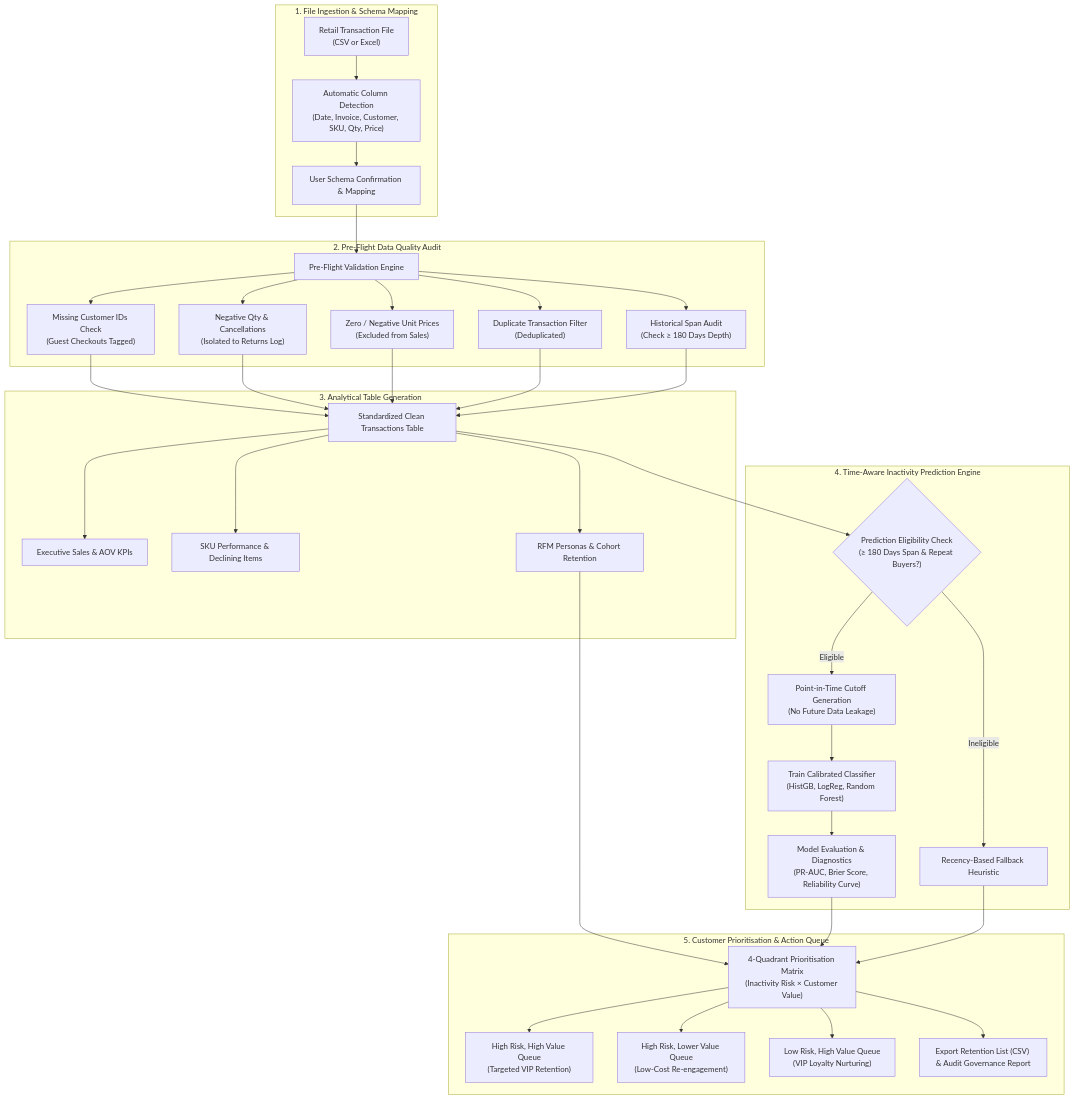
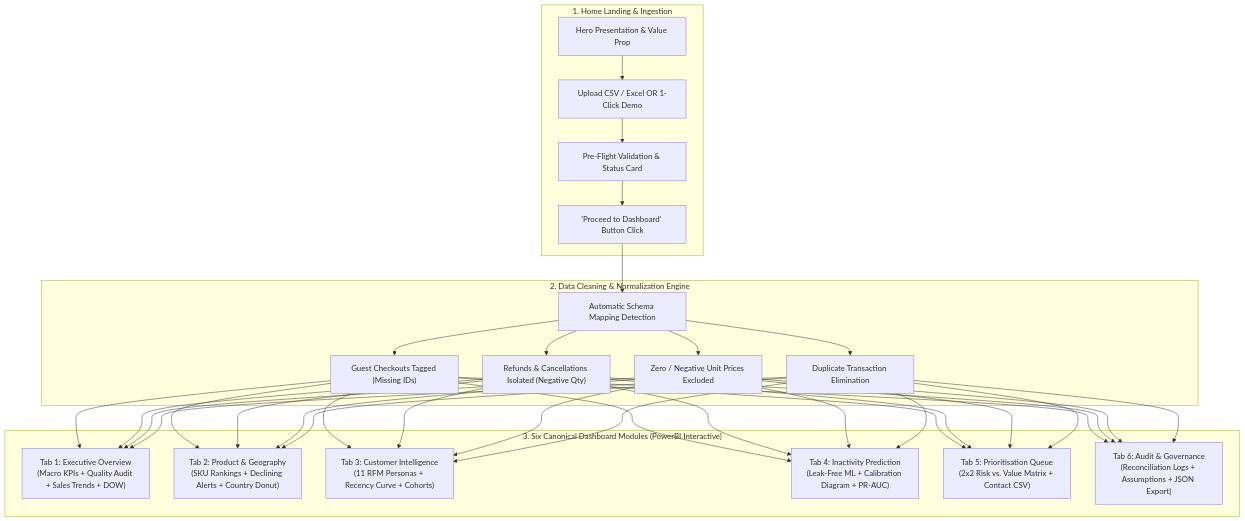
One commit to Velprakash0611/RetailIQ-Business-Customer-Intelligence-Platform changed the first of 3 diagrams in README.md. Above: the diagram before and after it, drawn with Mermaid. The commit also changed other lines of this file and 2 other files, not shown here.

````diff
--- a/README.md
+++ b/README.md
@@ -19,40 +28,25 @@
 ```mermaid
 flowchart TD
-    subgraph INGESTION["1. File Ingestion & Schema Mapping"]
-        A["Retail Transaction File<br/>(CSV or Excel)"] --> B["Automatic Column Detection<br/>(Date, Invoice, Customer, SKU, Qty, Price)"]
-        B --> C["User Schema Confirmation & Mapping"]
+    subgraph LANDING["1. Home Landing & Ingestion"]
+        A["Hero Presentation & Value Prop"] --> B["Upload CSV / Excel OR 1-Click Demo"]
+        B --> C["Pre-Flight Validation & Status Card"]
+        C --> D["'Proceed to Dashboard' Button Click"]
     end
 
-    subgraph VALIDATION["2. Pre-Flight Data Quality Audit"]
-        C --> D["Pre-Flight Validation Engine"]
-        D --> D1["Missing Customer IDs Check<br/>(Guest Checkouts Tagged)"]
-        D --> D2["Negative Qty & Cancellations<br/>(Isolated to Returns Log)"]
-        D --> D3["Zero / Negative Unit Prices<br/>(Excluded from Sales)"]
-        D --> D4["Duplicate Transaction Filter<br/>(Deduplicated)"]
-        D --> D5["Historical Span Audit<br/>(Check &ge; 180 Days Depth)"]
+    subgraph QUALITY["2. Data Cleaning & Normalization Engine"]
+        D --> E["Automatic Schema Mapping Detection"]
+        E --> F1["Guest Checkouts Tagged (Missing IDs)"]
+        E --> F2["Refunds & Cancellations Isolated (Negative Qty)"]
+        E --> F3["Zero / Negative Unit Prices Excluded"]
+        E --> F4["Duplicate Transaction Elimination"]
     end
 
-    subgraph ANALYTICS["3. Analytical Table Generation"]
-        D1 & D2 & D3 & D4 & D5 --> E["Standardized Clean Transactions Table"]
-        E --> F1["Executive Sales & AOV KPIs"]
-        E --> F2["SKU Performance & Declining Items"]
-        E --> F3["RFM Personas & Cohort Retention"]
-    end
-
-    subgraph ML["4. Time-Aware Inactivity Prediction Engine"]
-        E --> G{"Prediction Eligibility Check<br/>(&ge; 180 Days Span & Repeat Buyers?)"}
-        G -->|"Eligible"| H["Point-in-Time Cutoff Generation<br/>(No Future Data Leakage)"]
-        G -->|"Ineligible"| H_fallback["Recency-Based Fallback Heuristic"]
-        H --> I["Train Calibrated Classifier<br/>(HistGB, LogReg, Random Forest)"]
-        I --> J["Model Evaluation & Diagnostics<br/>(PR-AUC, Brier Score, Reliability Curve)"]
-    end
-
-    subgraph ACTION["5. Customer Prioritisation & Action Queue"]
-        F3 & J --> K["4-Quadrant Prioritisation Matrix<br/>(Inactivity Risk &times; Customer Value)"]
-        H_fallback --> K
-        K --> L1["High Risk, High Value Queue<br/>(Targeted VIP Retention)"]
-        K --> L2["High Risk, Lower Value Queue<br/>(Low-Cost Re-engagement)"]
-        K --> L3["Low Risk, High Value Queue<br/>(VIP Loyalty Nurturing)"]
-        K --> M["Export Retention List (CSV) & Audit Governance Report"]
+    subgraph TABS["3. Six Canonical Dashboard Modules (PowerBI Interactive)"]
+        F1 & F2 & F3 & F4 --> T1["Tab 1: Executive Overview<br/>(Macro KPIs + Quality Audit + Sales Trends + DOW)"]
+        F1 & F2 & F3 & F4 --> T2["Tab 2: Product & Geography<br/>(SKU Rankings + Declining Alerts + Country Donut)"]
+        F1 & F2 & F3 & F4 --> T3["Tab 3: Customer Intelligence<br/>(11 RFM Personas + Recency Curve + Cohorts)"]
+        F1 & F2 & F3 & F4 --> T4["Tab 4: Inactivity Prediction<br/>(Leak-Free ML + Calibration Diagram + PR-AUC)"]
+        F1 & F2 & F3 & F4 --> T5["Tab 5: Prioritisation Queue<br/>(2x2 Risk vs. Value Matrix + Contact CSV)"]
+        F1 & F2 & F3 & F4 --> T6["Tab 6: Audit & Governance<br/>(Reconciliation Logs + Assumptions + JSON Export)"]
     end
 ```
````
